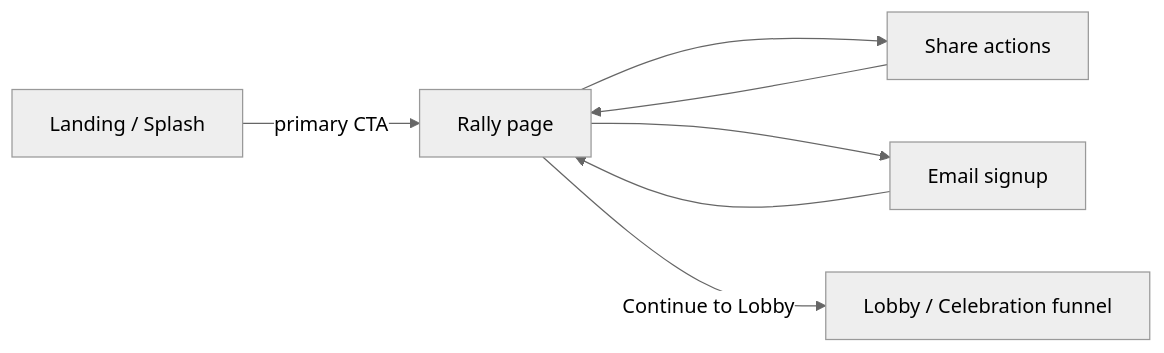
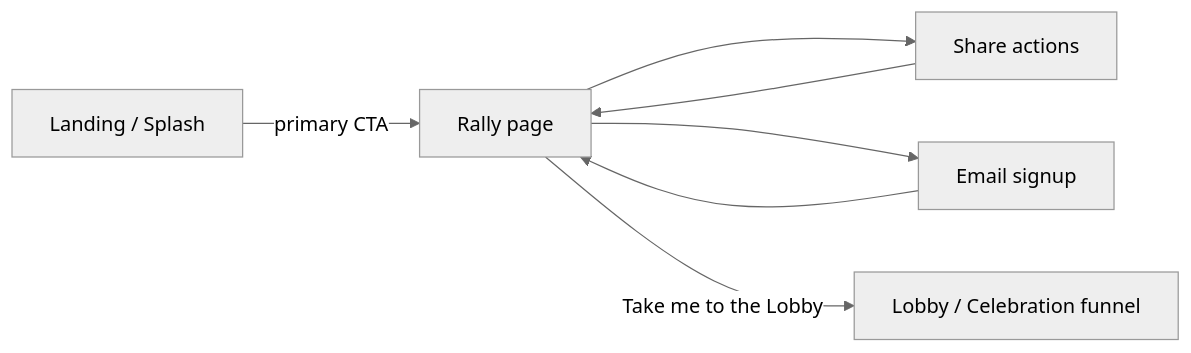
One commit to powerbackus/powerback changed the first of 2 diagrams in specs/rally-page.md. Above: the diagram before and after it, drawn with Mermaid (neutral theme). The commit also changed other lines of this file and 3 other files, not shown here.

````diff
--- a/specs/rally-page.md
+++ b/specs/rally-page.md
@@ -43,15 +43,15 @@
 ```mermaid
 flowchart LR
   Splash[Landing / Splash]
   Rally[Rally page]
   Share[Share actions]
   Email[Email signup]
   Lobby[Lobby / Celebration funnel]
 
   Splash -->|primary CTA| Rally
   Rally --> Share
   Rally --> Email
-  Rally -->|Continue to Lobby| Lobby
+  Rally -->|Take me to the Lobby| Lobby
   Share --> Rally
   Email --> Rally
 ```
````
